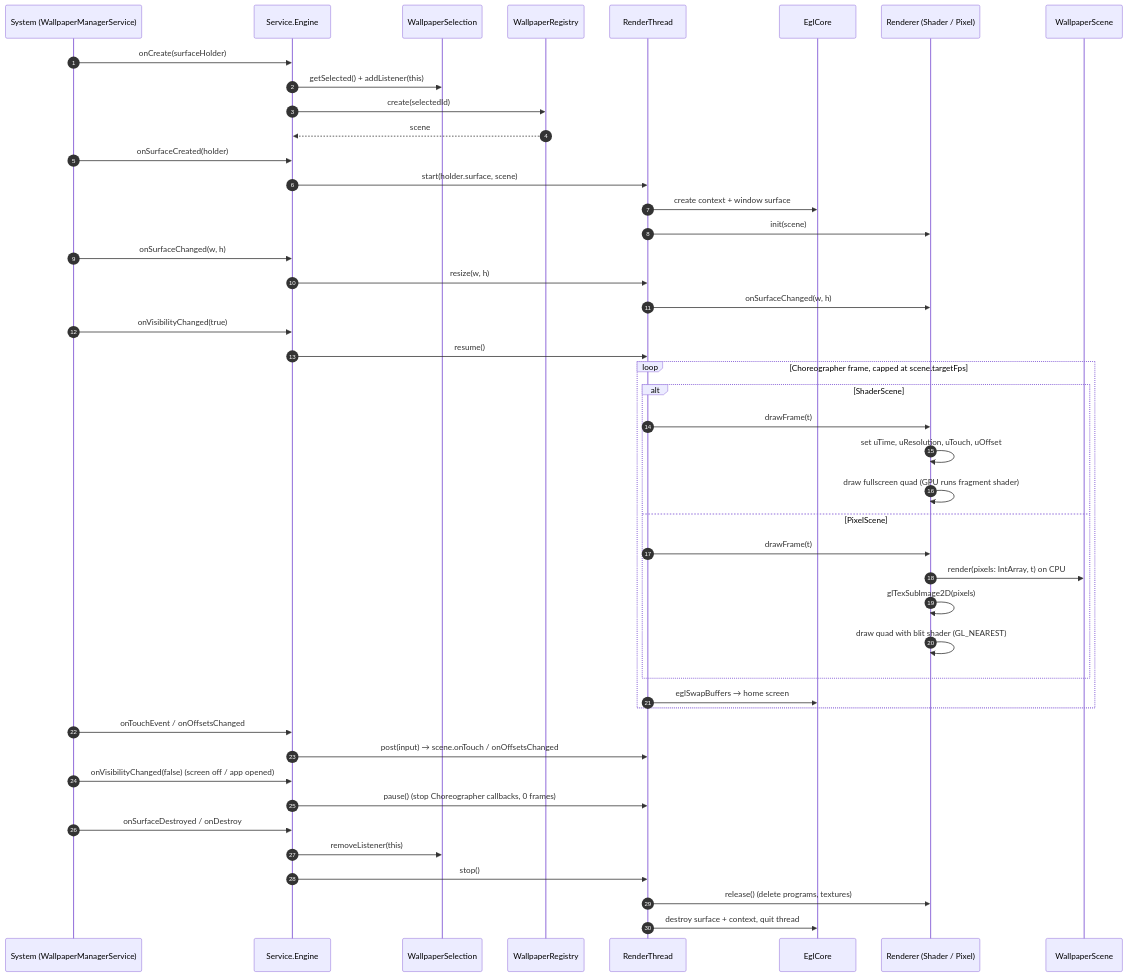
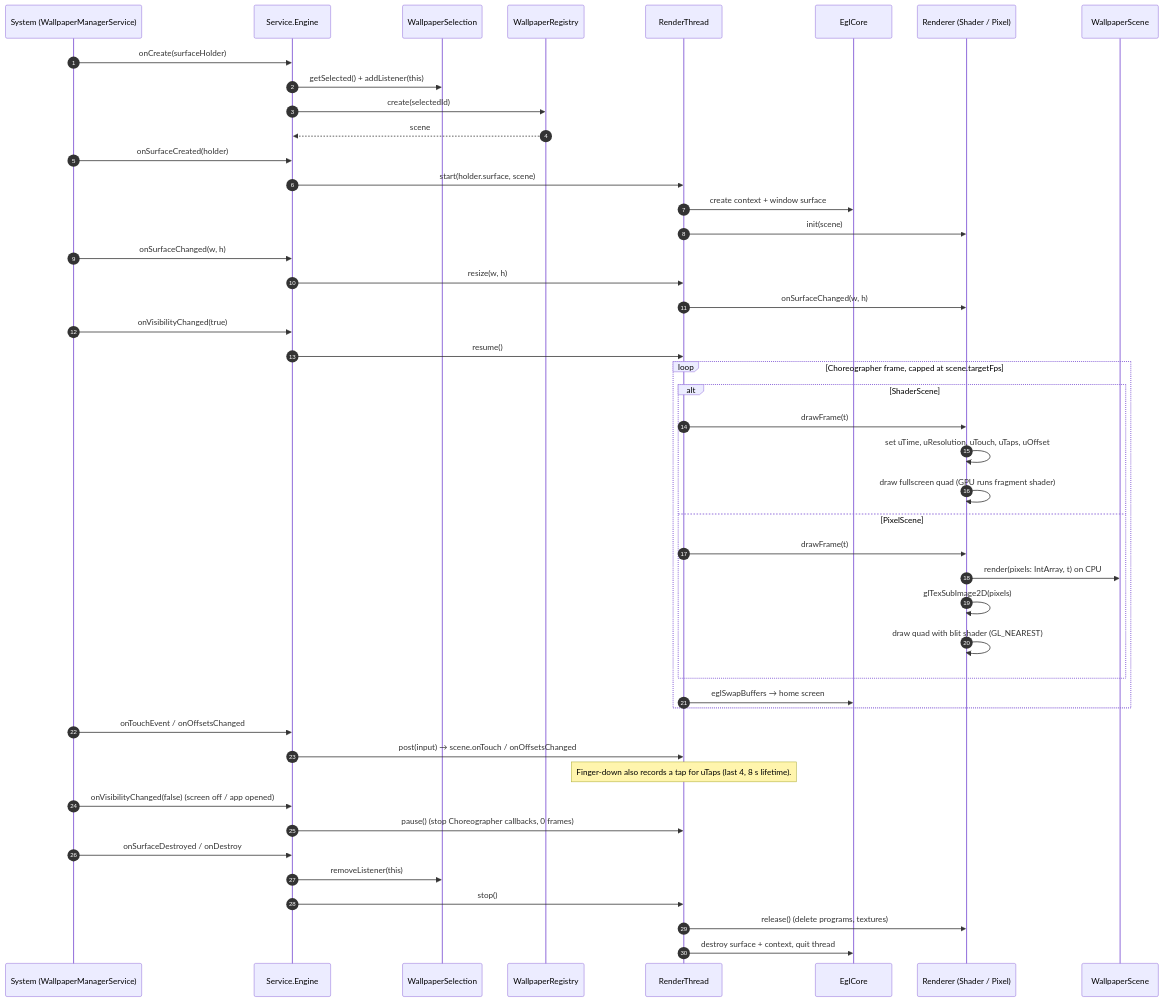
The fourth of 7 diagrams in design-docs/sequence-flows.md (PhaniKiran1999/shaderscape), drawn with Mermaid before and after one commit. The commit also changed 2 other files, not shown here.

Commit message:
Update design docs: tap history, draft revisions, artifact state, SDK from JitPack

````diff
--- a/design-docs/sequence-flows.md
+++ b/design-docs/sequence-flows.md
@@ -113,52 +113,53 @@
 ```mermaid
 sequenceDiagram
     autonumber
     participant Sys as System (WallpaperManagerService)
     participant Eng as Service.Engine
     participant Sel as WallpaperSelection
     participant Reg as WallpaperRegistry
     participant RT as RenderThread
     participant EGL as EglCore
     participant R as Renderer (Shader / Pixel)
     participant S as WallpaperScene
 
     Sys->>Eng: onCreate(surfaceHolder)
     Eng->>Sel: getSelected() + addListener(this)
     Eng->>Reg: create(selectedId)
     Reg-->>Eng: scene
     Sys->>Eng: onSurfaceCreated(holder)
     Eng->>RT: start(holder.surface, scene)
     RT->>EGL: create context + window surface
     RT->>R: init(scene)
     Sys->>Eng: onSurfaceChanged(w, h)
     Eng->>RT: resize(w, h)
     RT->>R: onSurfaceChanged(w, h)
     Sys->>Eng: onVisibilityChanged(true)
     Eng->>RT: resume()
 
     loop Choreographer frame, capped at scene.targetFps
         alt ShaderScene
             RT->>R: drawFrame(t)
-            R->>R: set uTime, uResolution, uTouch, uOffset
+            R->>R: set uTime, uResolution, uTouch, uTaps, uOffset
             R->>R: draw fullscreen quad (GPU runs fragment shader)
         else PixelScene
             RT->>R: drawFrame(t)
             R->>S: render(pixels: IntArray, t) on CPU
             R->>R: glTexSubImage2D(pixels)
             R->>R: draw quad with blit shader (GL_NEAREST)
         end
         RT->>EGL: eglSwapBuffers → home screen
     end
 
     Sys->>Eng: onTouchEvent / onOffsetsChanged
     Eng->>RT: post(input) → scene.onTouch / onOffsetsChanged
+    Note over RT: Finger-down also records a tap for uTaps (last 4, 8 s lifetime).
 
     Sys->>Eng: onVisibilityChanged(false) (screen off / app opened)
     Eng->>RT: pause() (stop Choreographer callbacks, 0 frames)
 
     Sys->>Eng: onSurfaceDestroyed / onDestroy
     Eng->>Sel: removeListener(this)
     Eng->>RT: stop()
     RT->>R: release() (delete programs, textures)
     RT->>EGL: destroy surface + context, quit thread
 ```
````
